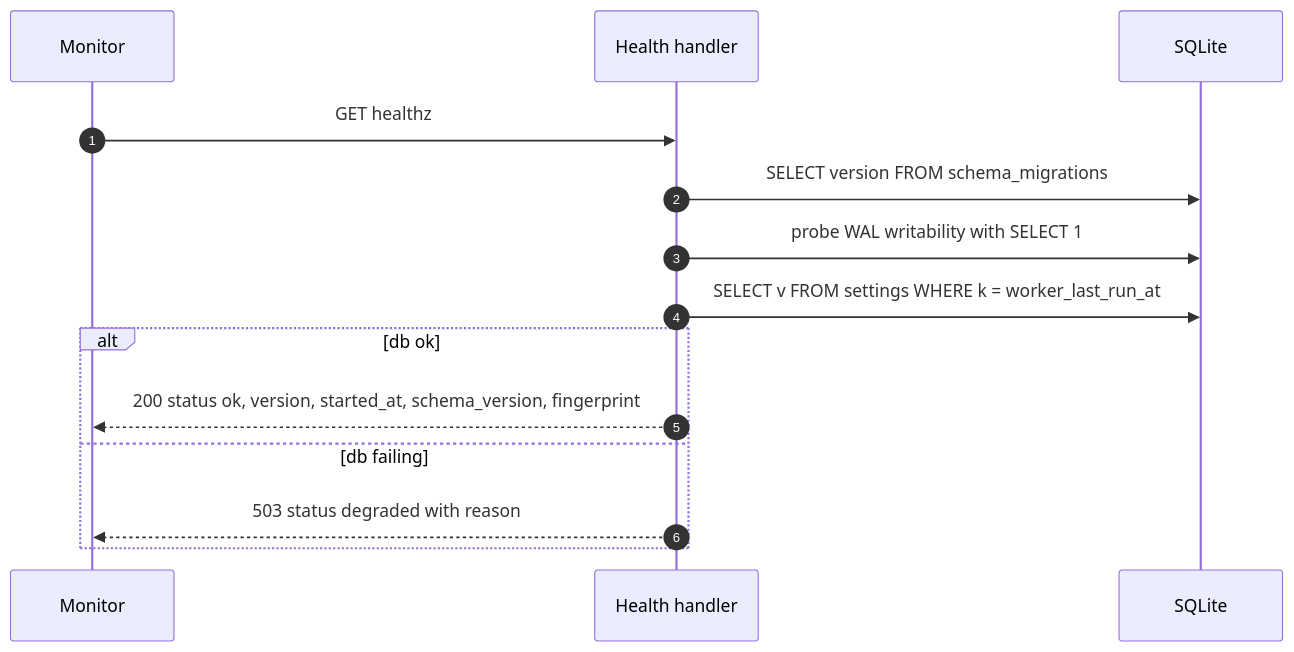
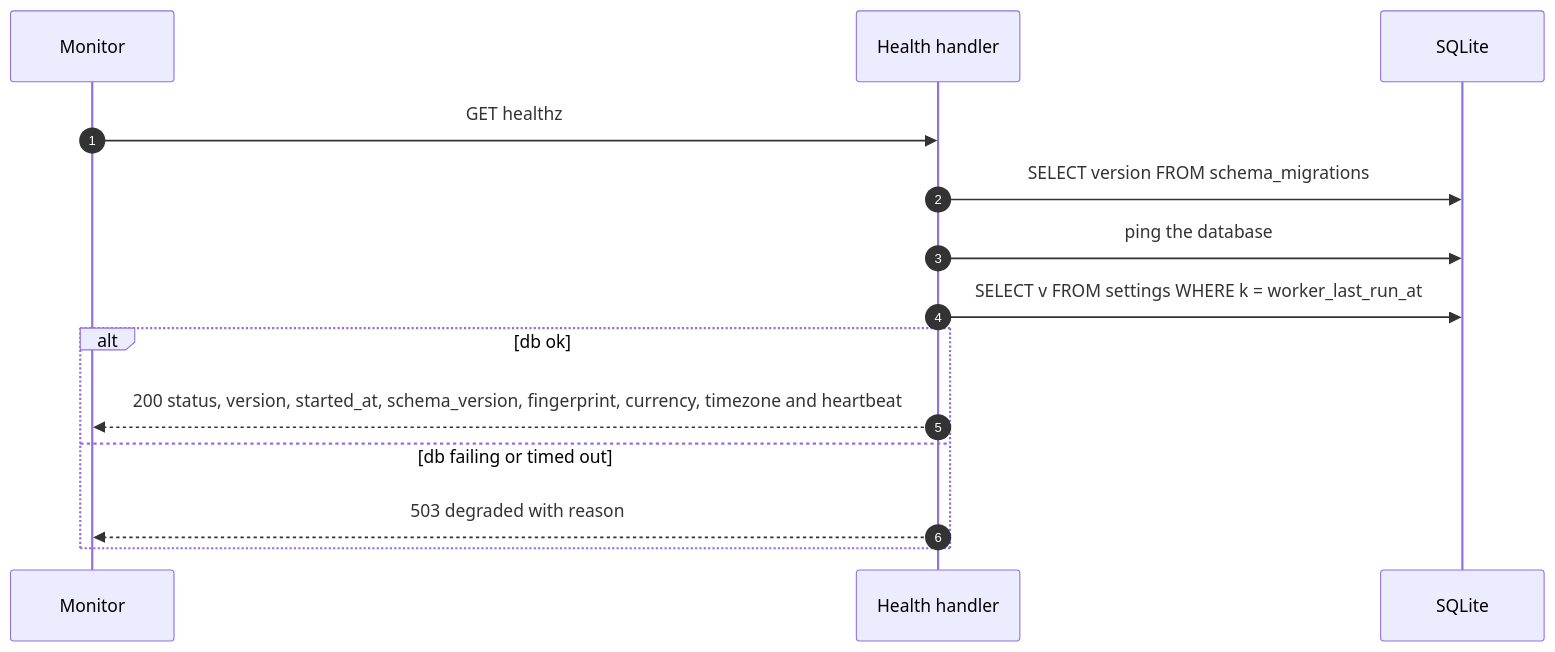
Before and after one commit to dimasbaguspm/spenicle: diagram 20 of 20 in docs/v2-api.md, drawn with Mermaid. The commit also changed other lines of this file and 44 other files, not shown here.

````diff
--- a/docs/v2-api.md
+++ b/docs/v2-api.md
@@ -947,16 +996,16 @@
 ```mermaid
 sequenceDiagram
     autonumber
     participant M as Monitor
     participant API as Health handler
     participant DB as SQLite
     M->>API: GET healthz
     API->>DB: SELECT version FROM schema_migrations
-    API->>DB: probe WAL writability with SELECT 1
+    API->>DB: ping the database
     API->>DB: SELECT v FROM settings WHERE k = worker_last_run_at
     alt db ok
-        API-->>M: 200 status ok, version, started_at, schema_version, fingerprint
-    else db failing
-        API-->>M: 503 status degraded with reason
+        API-->>M: 200 status, version, started_at, schema_version, fingerprint, currency, timezone and heartbeat
+    else db failing or timed out
+        API-->>M: 503 degraded with reason
     end
 ```
````
